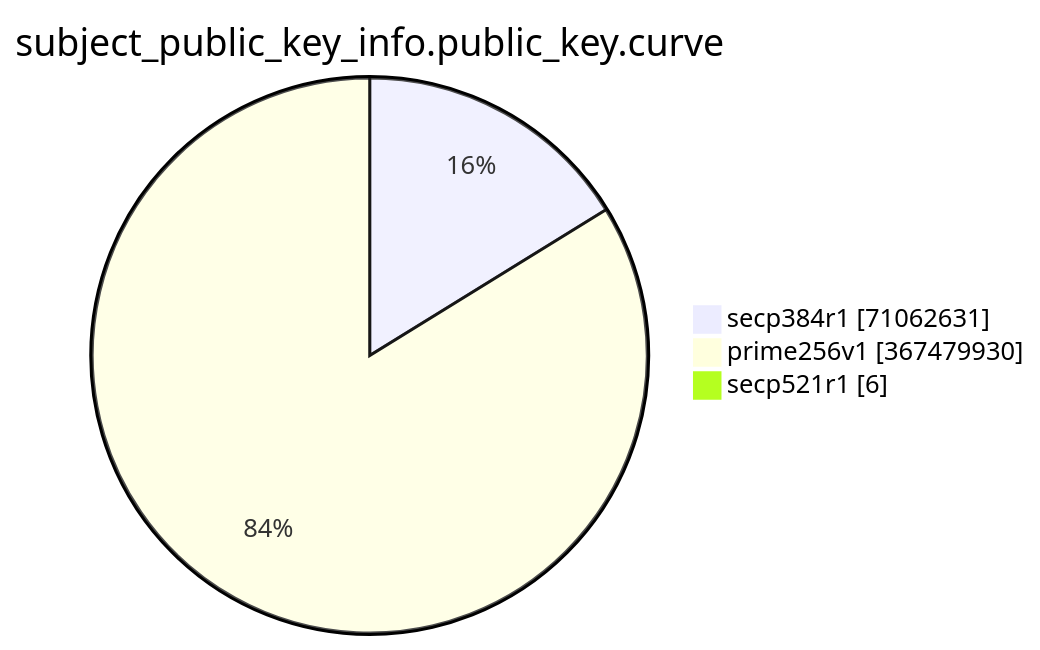
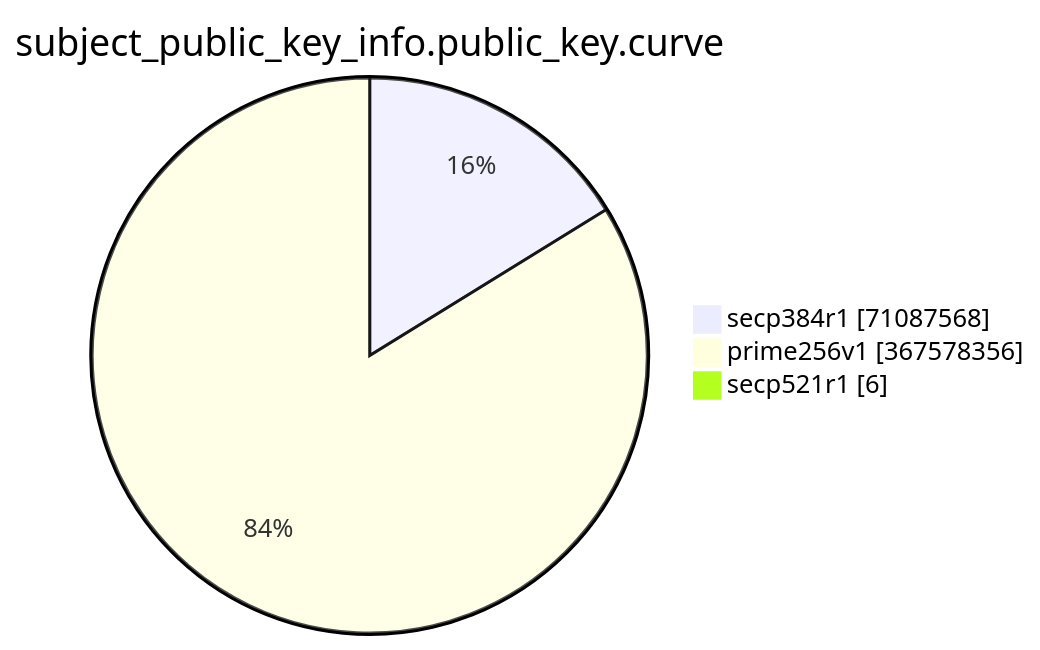
One commit to christiankrug/ctmonitor_visualization changed the eighth of 15 diagrams in TOTAL/README.md. Above: the diagram before and after it, drawn with Mermaid. The commit also changed other lines of this file, not shown here.

````diff
--- a/TOTAL/README.md
+++ b/TOTAL/README.md
@@ -3092,7 +3092,7 @@
 ```mermaid
 pie showData
 title subject_public_key_info.public_key.curve
-"secp384r1" :71062631
-"prime256v1" :367479930
+"secp384r1" :71087568
+"prime256v1" :367578356
 "secp521r1" :6
 ```
````
